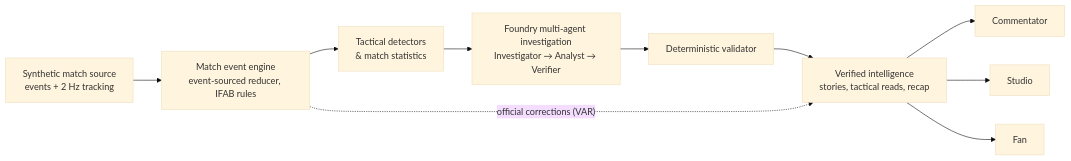
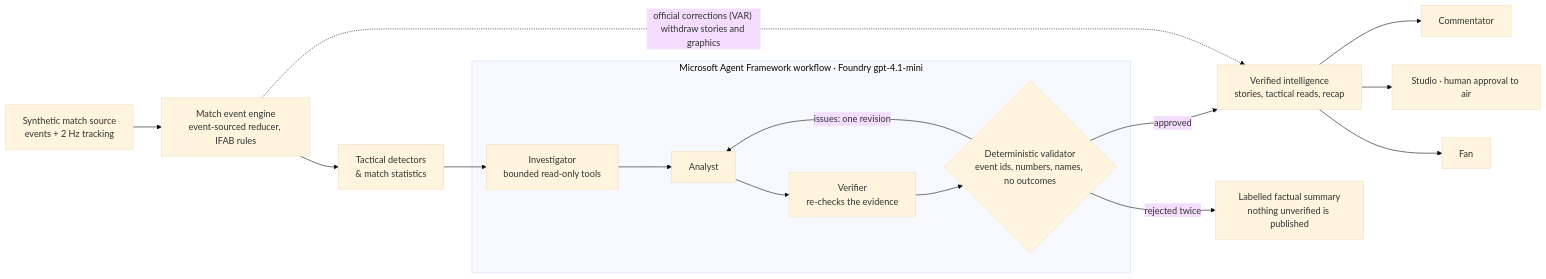
The diagram in README.md (Kieran-r96/Byline), drawn with Mermaid (base theme) before and after one commit. The commit also changed other lines of this file and 3 other files, not shown here.

Commit message:
Test deployment: README (live URL, 60-second tour, recorded revision run, workflow diagram, Windows setup, vision), deployment record, E2E against a deployed URL

````diff
--- a/README.md
+++ b/README.md
@@ -40,12 +50,18 @@
 ```mermaid
 flowchart LR
   A[Synthetic match source<br/>events + 2 Hz tracking] --> B[Match event engine<br/>event-sourced reducer, IFAB rules]
   B --> C[Tactical detectors<br/>& match statistics]
-  C --> D[Foundry multi-agent investigation<br/>Investigator → Analyst → Verifier]
-  D --> E[Deterministic validator]
-  E --> F[Verified intelligence<br/>stories, tactical reads, recap]
+  C --> I
+  subgraph AF[Microsoft Agent Framework workflow · Foundry gpt-4.1-mini]
+    I[Investigator<br/>bounded read-only tools] --> AN[Analyst]
+    AN --> V[Verifier<br/>re-checks the evidence]
+    V --> DV{Deterministic validator<br/>event ids, numbers, names, no outcomes}
+    DV -- issues: one revision --> AN
+  end
+  DV -- approved --> F[Verified intelligence<br/>stories, tactical reads, recap]
+  DV -- rejected twice --> X[Labelled factual summary<br/>nothing unverified is published]
   F --> G1[Commentator]
-  F --> G2[Studio]
+  F --> G2[Studio · human approval to air]
   F --> G3[Fan]
-  B -. official corrections (VAR) .-> F
+  B -. official corrections (VAR) withdraw stories and graphics .-> F
 ```
````
